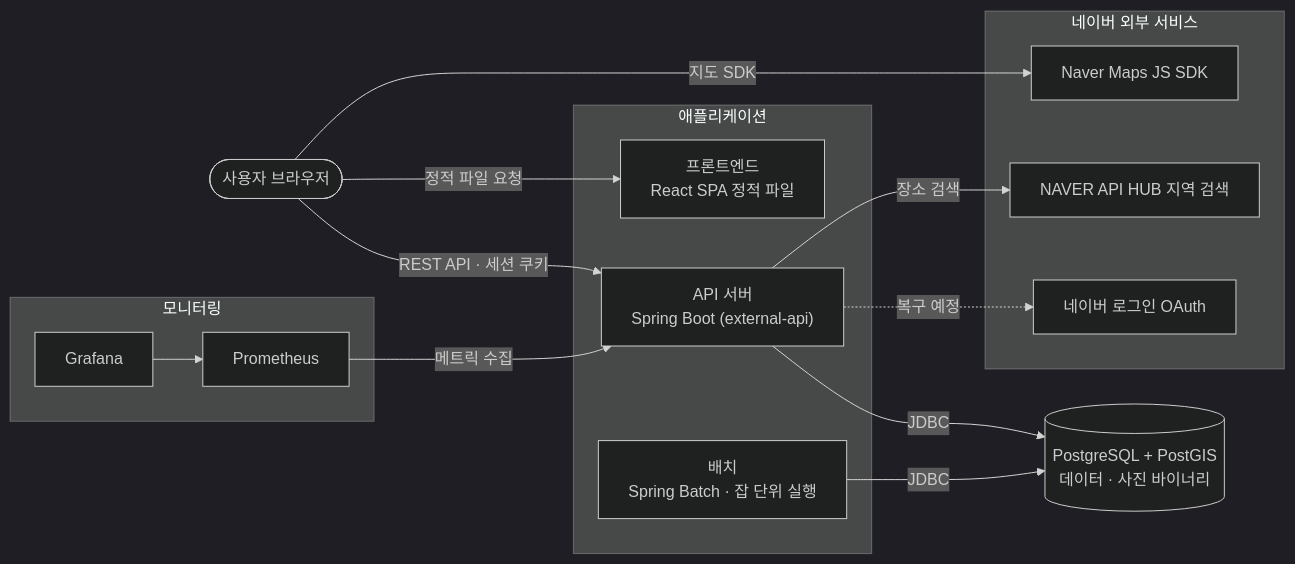
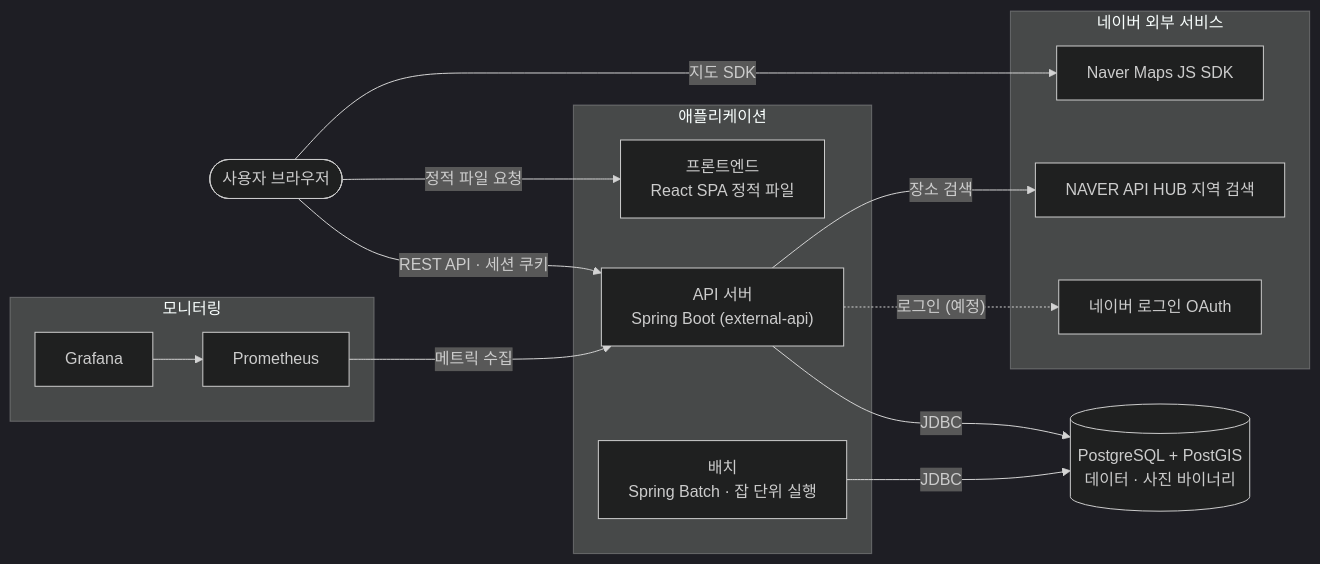
Before and after one commit to jinyong-go/travel-recorder: the first of 2 diagrams in ARCHITECTURE.md, drawn with Mermaid (dark theme). The commit also changed other lines of this file and 6 other files, not shown here.

````diff
--- a/ARCHITECTURE.md
+++ b/ARCHITECTURE.md
@@ -8,33 +8,33 @@
 ```mermaid
 flowchart LR
     user([사용자 브라우저])
 
     subgraph app["애플리케이션"]
         web["프론트엔드<br/>React SPA 정적 파일"]
         api["API 서버<br/>Spring Boot (external-api)"]
         batch["배치<br/>Spring Batch · 잡 단위 실행"]
     end
 
     db[("PostgreSQL + PostGIS<br/>데이터 · 사진 바이너리")]
 
     subgraph mon["모니터링"]
         prom["Prometheus"]
         graf["Grafana"]
     end
 
     subgraph naver["네이버 외부 서비스"]
         maps["Naver Maps JS SDK"]
         search["NAVER API HUB 지역 검색"]
         oauth["네이버 로그인 OAuth"]
     end
 
     user -- "정적 파일 요청" --> web
     user -- "REST API · 세션 쿠키" --> api
     user -- "지도 SDK" --> maps
     api -- "JDBC" --> db
     batch -- "JDBC" --> db
     api -- "장소 검색" --> search
-    api -. "복구 예정" .-> oauth
+    api -. "로그인 (예정)" .-> oauth
     prom -- "메트릭 수집" --> api
     graf --> prom
 ```
````
